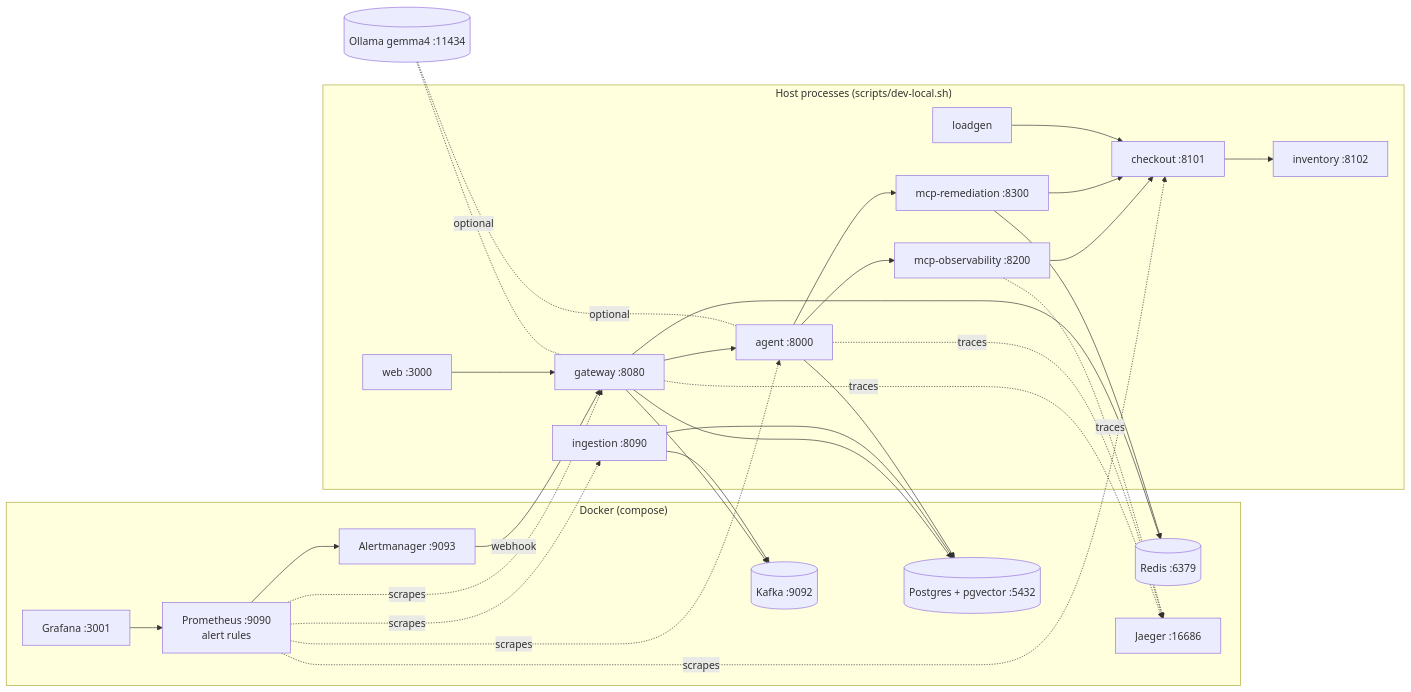
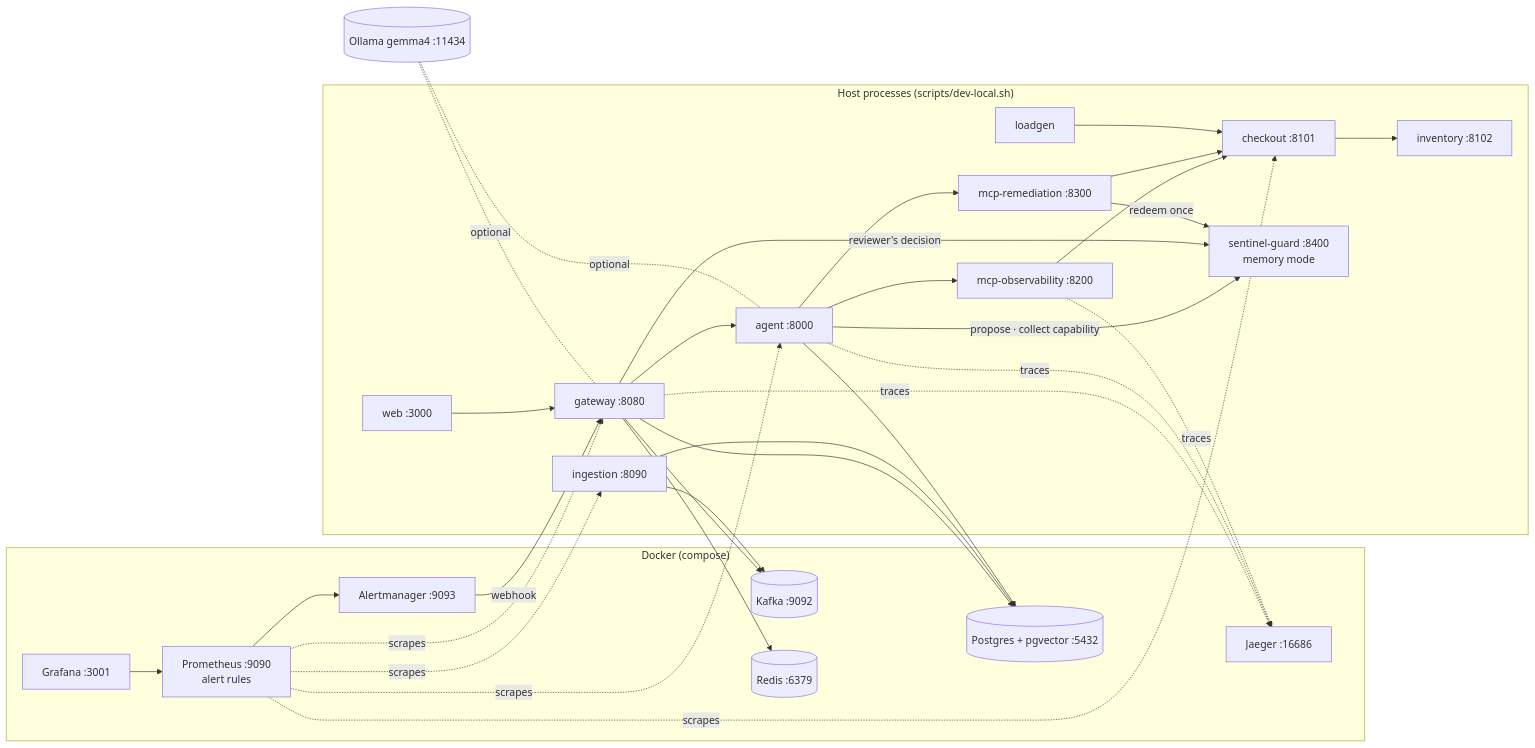
The diagram in docs/handbook/diagrams/02-deploy-local.mmd (abdulmdev/sentinel-incident-copilot), drawn with Mermaid before and after one commit. The commit also changed 173 other files, not shown here.

First line of the commit message:
The copilot on Sentinel Guard: one approval and capability path

```diff
--- a/docs/handbook/diagrams/02-deploy-local.mmd
+++ b/docs/handbook/diagrams/02-deploy-local.mmd
@@ -1,25 +1,28 @@
 flowchart LR
   subgraph docker["Docker (compose)"]
     PG[(Postgres + pgvector :5432)]
     KF[(Kafka :9092)]
     RD[(Redis :6379)]
     JG[Jaeger :16686]
     PR[Prometheus :9090<br/>alert rules]
     AM[Alertmanager :9093]
     GF[Grafana :3001]
   end
   subgraph host["Host processes (scripts/dev-local.sh)"]
     WEB[web :3000] --> GW[gateway :8080] --> AG[agent :8000] --> MO[mcp-observability :8200] --> CK[checkout :8101] --> INV[inventory :8102]
     AG --> MR[mcp-remediation :8300] --> CK
+    SG[sentinel-guard :8400<br/>memory mode]
+    AG -->|propose · collect capability| SG
+    GW -->|reviewer's decision| SG
+    MR -->|redeem once| SG
     LG[loadgen] --> CK
     ING[ingestion :8090]
   end
   GW --> PG & KF & RD
-  MR --> RD
   ING --> PG & KF
   AG --> PG
   GW & AG & MO -.traces.-> JG
   PR -.scrapes.-> GW & AG & ING & CK
   PR --> AM -->|webhook| GW
   GF --> PR
   OL[(Ollama gemma4 :11434)] -.optional.- AG & GW
```
